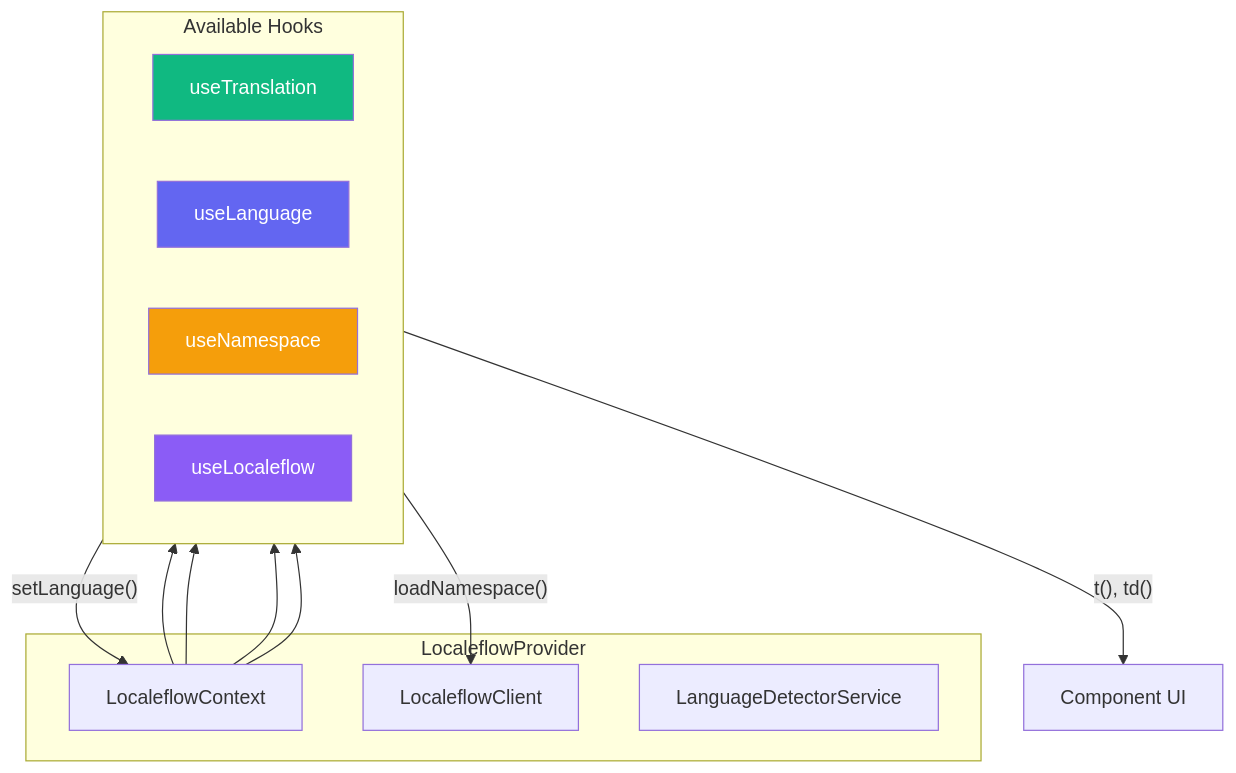
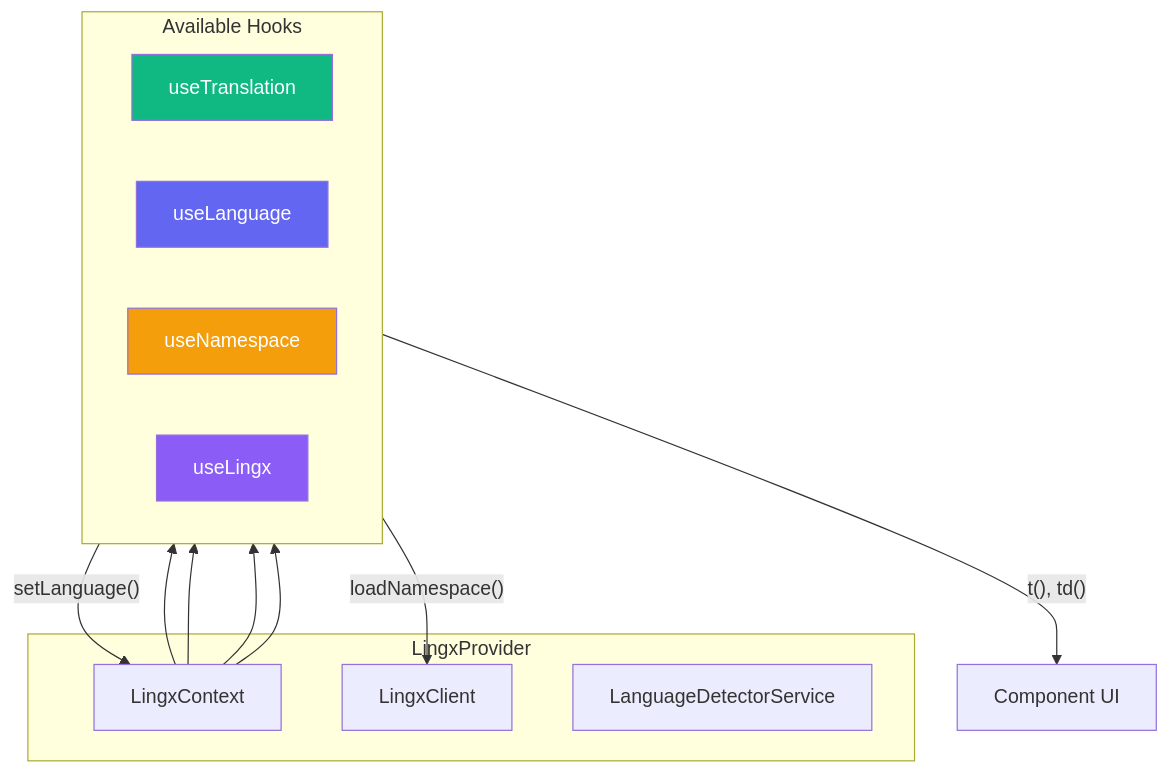
Before and after one commit to VinniZP/lingx: the first of 2 diagrams in packages/sdk-nextjs/docs/hooks.md, drawn with Mermaid. The commit also changed other lines of this file and 322 other files, not shown here.

````diff
--- a/packages/sdk-nextjs/docs/hooks.md
+++ b/packages/sdk-nextjs/docs/hooks.md
@@ -7,30 +7,30 @@
 ```mermaid
 flowchart TB
-    subgraph Provider["LocaleflowProvider"]
-        Context[LocaleflowContext]
-        Client[LocaleflowClient]
+    subgraph Provider["LingxProvider"]
+        Context[LingxContext]
+        Client[LingxClient]
         Detector[LanguageDetectorService]
     end
 
     subgraph Hooks["Available Hooks"]
         direction LR
         useT[useTranslation]
         useL[useLanguage]
         useN[useNamespace]
-        useLF[useLocaleflow]
+        useLF[useLingx]
     end
 
     Context --> useT
     Context --> useL
     Context --> useN
     Context --> useLF
 
     useT -->|"t(), td()"| UI[Component UI]
     useL -->|"setLanguage()"| Context
     useN -->|"loadNamespace()"| Client
 
     style useT fill:#10b981,color:#fff
     style useL fill:#6366f1,color:#fff
     style useN fill:#f59e0b,color:#fff
     style useLF fill:#8b5cf6,color:#fff
 ```
````
